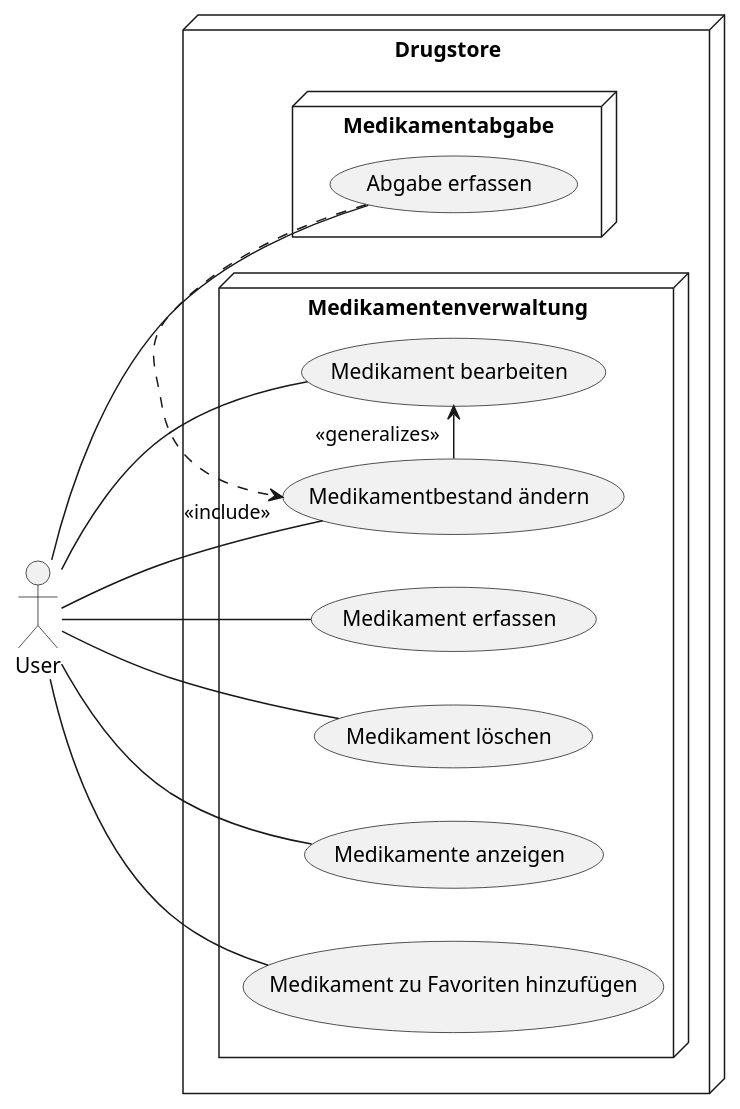
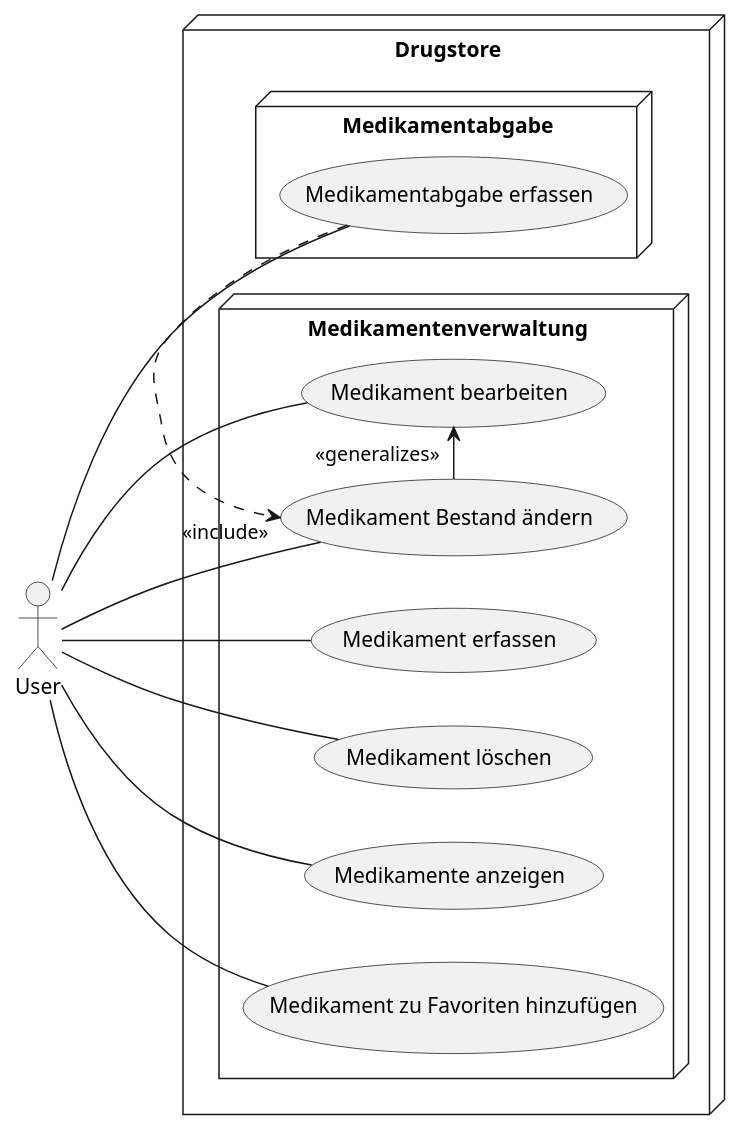
Before and after one commit to lucahost/drugstore: the diagram in docs/use-cases/20_drug-management.puml, drawn with PlantUML. The commit also changed 11 other files, not shown here.

Commit message:
Rework Interface, UseCase and Data-Model Diagrams

```diff
--- a/docs/use-cases/20_drug-management.puml
+++ b/docs/use-cases/20_drug-management.puml
@@ -1,34 +1,34 @@
 @startuml usecase-overview
 left to right direction
 node Drugstore {
 
     node Medikamentenverwaltung {
         usecase "Medikament erfassen" as UC21
         usecase "Medikament bearbeiten" as UC22
         usecase "Medikament löschen" as UC23
         usecase "Medikamente anzeigen" as UC24
-        usecase "Medikamentbestand ändern" as UC25
+        usecase "Medikament Bestand ändern" as UC25
         usecase "Medikament zu Favoriten hinzufügen" as UC26
     }
 
     node Medikamentabgabe {
-        usecase "Abgabe erfassen" as UC31
+        usecase "Medikamentabgabe erfassen" as UC31
     }
 }
 
 :User: -- UC21
 :User: -- UC22
 :User: -- UC23
 :User: -- UC24
 :User: -- UC25
 :User: -- UC26
 
 :User: --- UC31
 
 
 UC22 <- "<<generalizes>>" UC25
 
 UC31 .> "<<include>>" UC25
 
 
 @enduml
```
